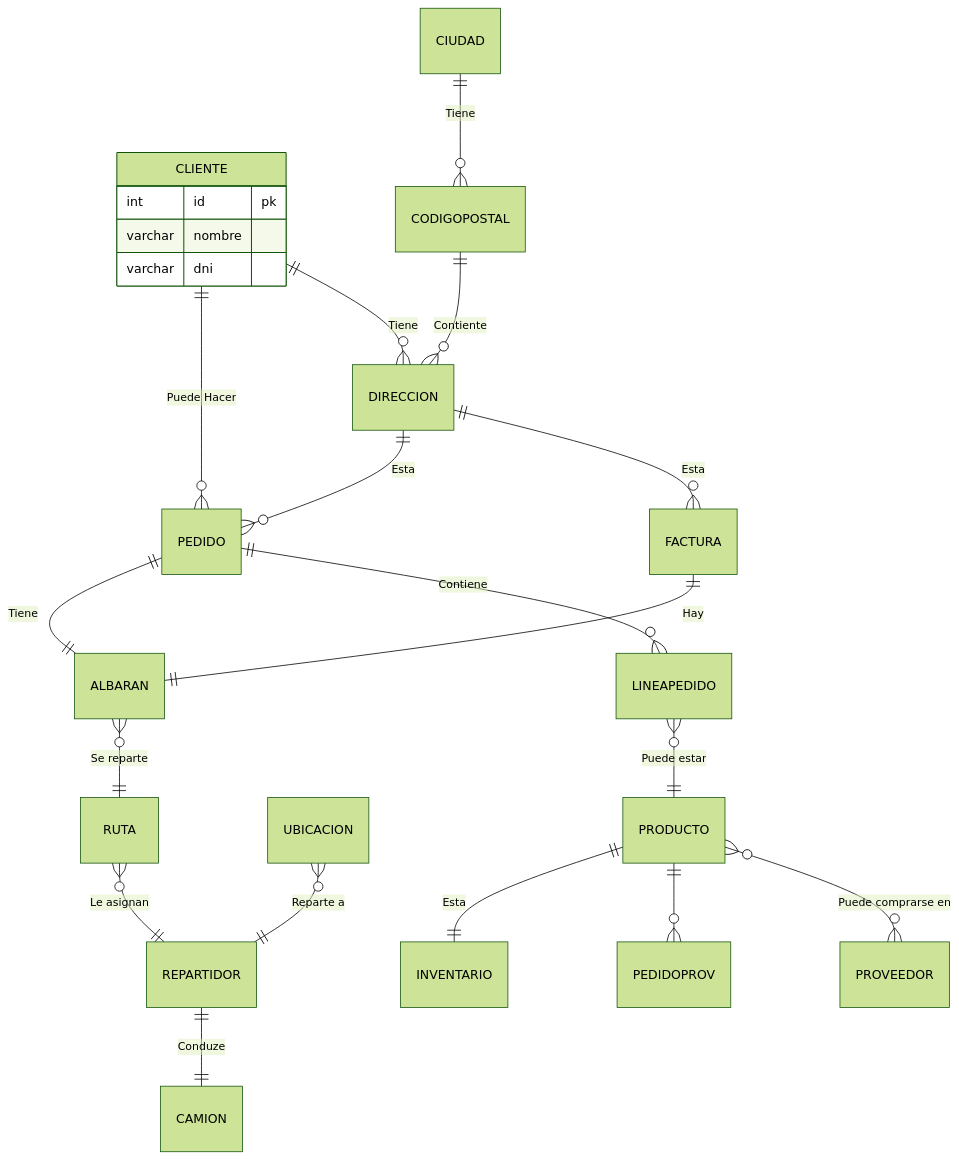
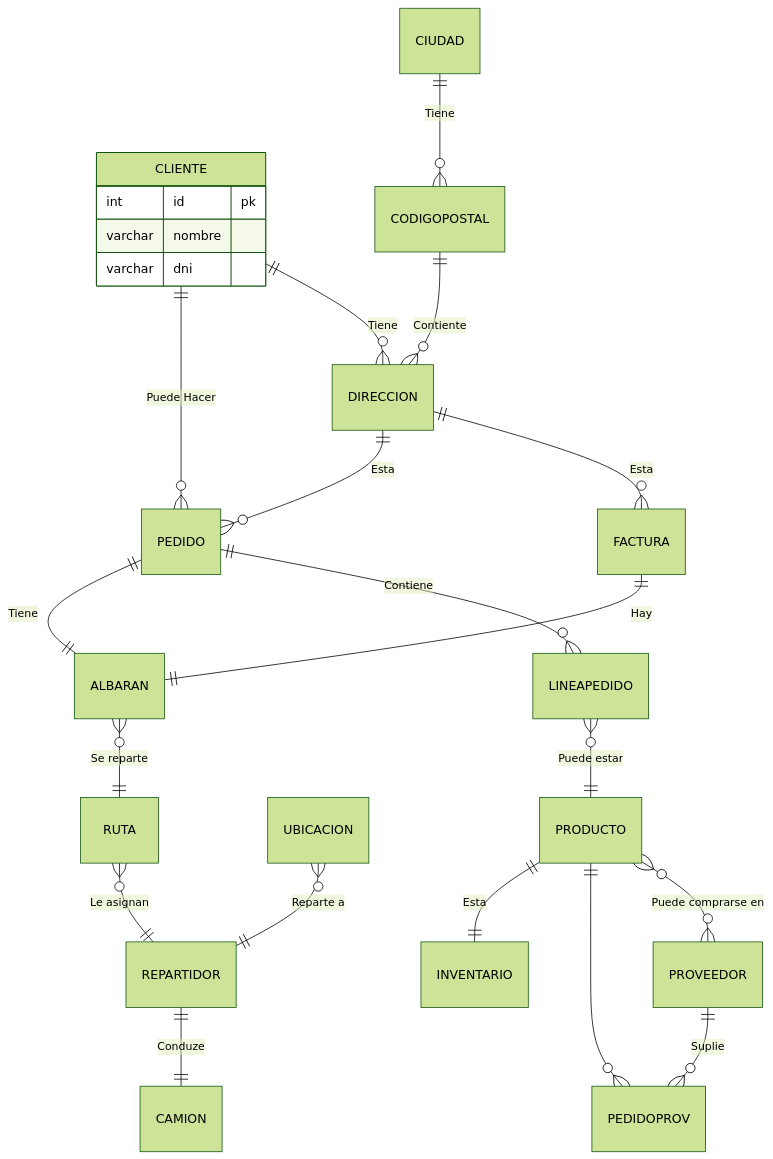
One commit to pedroporo/apuntesclase changed the diagram in 01 Apuntes/DAM/Proyecto intermodular 2 de Desarrollo de aplicaciones multiplataforma/Inicio.md. Above: the diagram before and after it, drawn with Mermaid (forest theme).

Commit message:
vault backup: 2025-09-25 17:40:32

````diff
--- a/01 Apuntes/DAM/Proyecto intermodular 2 de Desarrollo de aplicaciones multiplataforma/Inicio.md
+++ b/01 Apuntes/DAM/Proyecto intermodular 2 de Desarrollo de aplicaciones multiplataforma/Inicio.md
@@ -5,58 +5,58 @@
 ```mermaid
 erDiagram
 
 CLIENTE{
 	int id pk
 	varchar nombre
 	varchar dni
 }
 DIRECCION{
 }
 
 CODIGOPOSTAL{
 }
 CIUDAD{
 }
 FACTURA{
 }
 PEDIDO{
 }
 ALBARAN{
 }
 RUTA{
 }
 REPARTIDOR{
 }
 UBICACION{
 }
 CAMION{
 }
 LINEAPEDIDO{
 }
 PRODUCTO{
 }
 PEDIDOPROV{
 }
 PROVEEDOR{
 }
 INVENTARIO{
 }
 CLIENTE ||--o{ PEDIDO : "Puede Hacer"
 CLIENTE ||--o{ DIRECCION : "Tiene"
 DIRECCION ||--o{ PEDIDO : "Esta"
 DIRECCION ||--o{ FACTURA : "Esta"
 CODIGOPOSTAL ||--o{ DIRECCION: "Contiente"
 CIUDAD ||--o{ CODIGOPOSTAL : "Tiene"
 FACTURA ||--|| ALBARAN: "Hay"
 PEDIDO ||--|| ALBARAN : "Tiene"
 ALBARAN }o--|| RUTA : "Se reparte"
 RUTA }o--|| REPARTIDOR : "Le asignan"
 UBICACION }o--|| REPARTIDOR: "Reparte a"
 REPARTIDOR ||--|| CAMION : "Conduze"
 PEDIDO ||--o{ LINEAPEDIDO : "Contiene"
 LINEAPEDIDO }o--|| PRODUCTO : "Puede estar"
 PRODUCTO ||--|| INVENTARIO : "Esta"
 PRODUCTO ||--o{ PEDIDOPROV : ""
 PRODUCTO }o--o{ PROVEEDOR: "Puede comprarse en"
-PROVEEDOR
+PROVEEDOR ||--o{ PEDIDOPROV : "Suplie"
 ```
````
